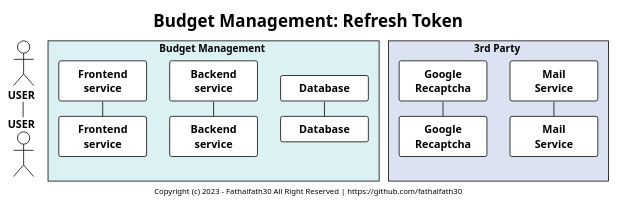
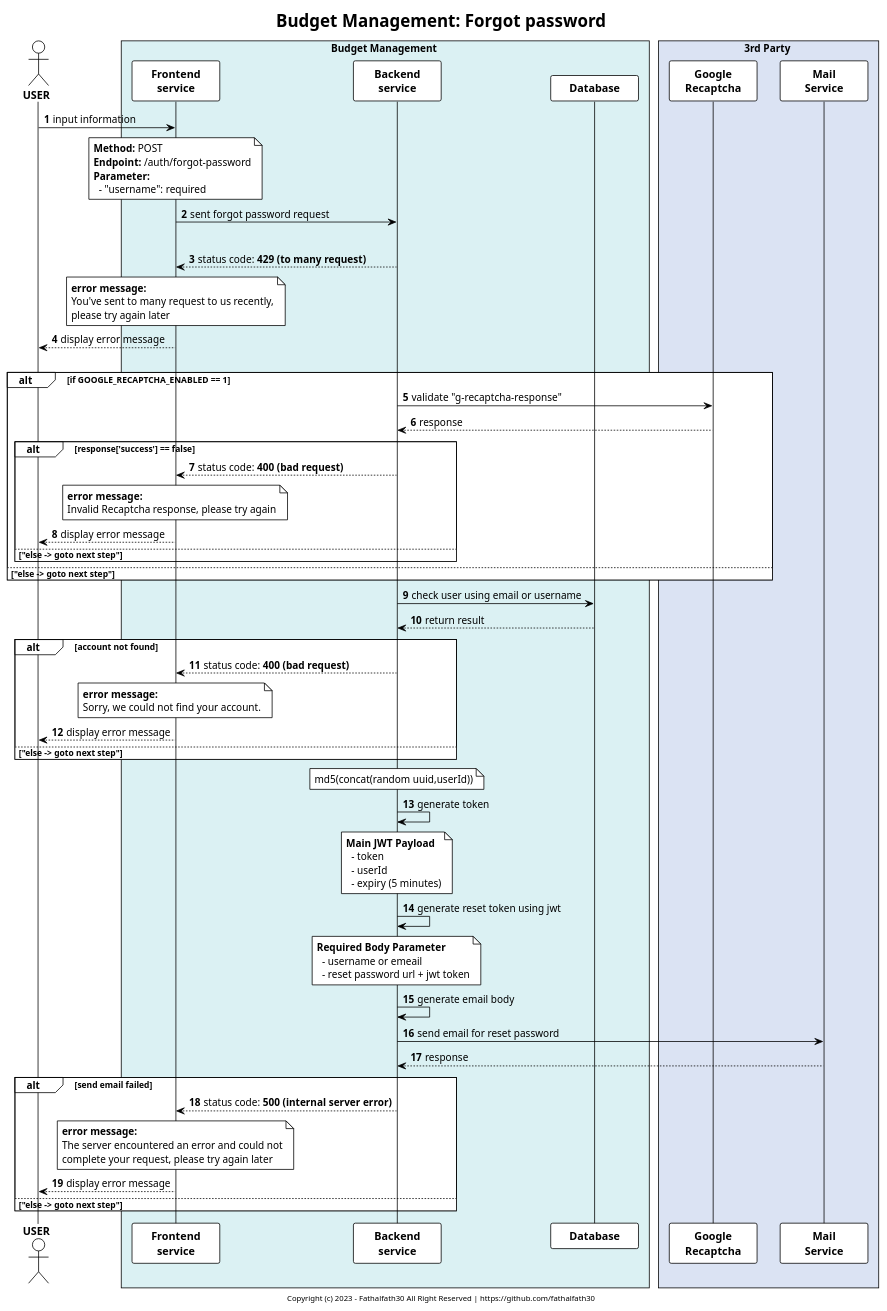
The diagram in .docs/sequence/auth/forgot_password.plantuml (fathalfath30/budget-calculator), drawn with PlantUML before and after one commit. The commit also changed 4 other files, not shown here.

```diff
--- a/.docs/sequence/auth/forgot_password.plantuml
+++ b/.docs/sequence/auth/forgot_password.plantuml
@@ -1,21 +1,98 @@
 @startuml
-title "Budget Management: Refresh Token"
+title "Budget Management: Forgot password"
 footer "Copyright (c) 2023 - Fathalfath30 All Right Reserved | https://github.com/fathalfath30"
 
 autonumber
 !theme plain
 skinparam minClassWidth 100
 skinparam handwritten false
 
 actor "**USER**" as user
 box Budget Management #dbf1f3
   participant "**Frontend**\n**service**" as fe order 1
   participant "**Backend**\n**service**" as be order 2
   participant "**Database**" as db order 3
 end box
 
 box 3rd Party #dbe3f3
   participant "**Google**\n**Recaptcha**" as google_r order 4
   participant "**Mail**\n**Service**" as email order 5
 end box
+
+user -> fe: input information
+note over fe
+  **Method:** POST
+  **Endpoint:** /auth/forgot-password
+  **Parameter:**
+    - "username": required
+end note
+fe -> be: sent forgot password request
+alt total request > 3 per minutes
+  be --> fe: status code: **429 (to many request)**
+  note over fe
+    **error message:**
+    You've sent to many request to us recently,
+    please try again later
+  end note
+  fe --> user: display error message
+else "else -> goto next step"
+
+alt if GOOGLE_RECAPTCHA_ENABLED == 1
+  be -> google_r: validate "g-recaptcha-response"
+  google_r --> be: response
+  alt response['success'] == false
+    be --> fe: status code: **400 (bad request)**
+    note over fe
+      **error message:**
+      Invalid Recaptcha response, please try again
+    end note
+    fe --> user: display error message
+  else "else -> goto next step"
+  end
+
+else "else -> goto next step"
+end
+
+be -> db: check user using email or username
+db --> be: return result
+
+alt account not found
+  be --> fe: status code: **400 (bad request)**
+  note over fe
+    **error message:**
+    Sorry, we could not find your account.
+  end note
+  fe --> user: display error message
+else "else -> goto next step"
+end
+
+note over be: md5(concat(random uuid,userId))
+be -> be: generate token
+
+note over be
+  **Main JWT Payload**
+    - token
+    - userId
+    - expiry (5 minutes)
+end note
+be -> be: generate reset token using jwt
+note over be
+  **Required Body Parameter**
+    - username or emeail
+    - reset password url + jwt token
+end note
+
+be-> be: generate email body
+be -> email: send email for reset password
+email --> be: response
+alt send email failed
+  be --> fe: status code: **500 (internal server error)**
+  note over fe
+    **error message:**
+    The server encountered an error and could not
+    complete your request, please try again later
+  end note
+  fe --> user: display error message
+else "else -> goto next step"
+end
 @enduml
```
